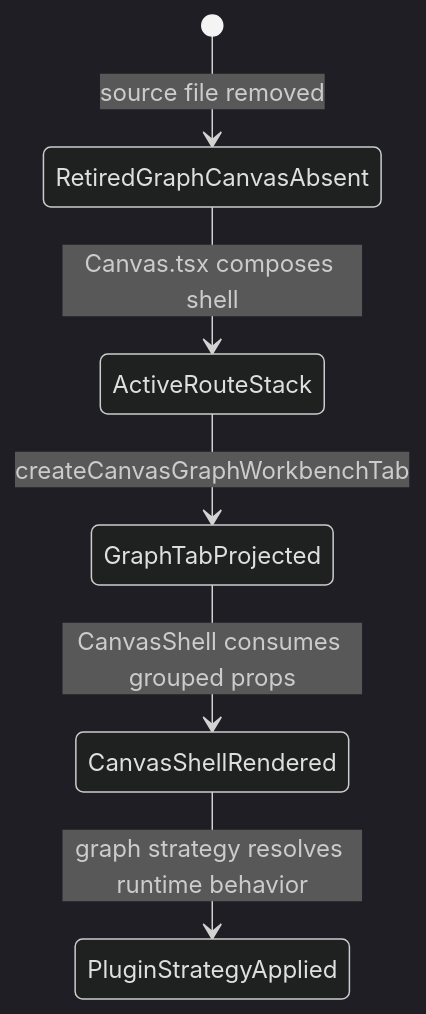
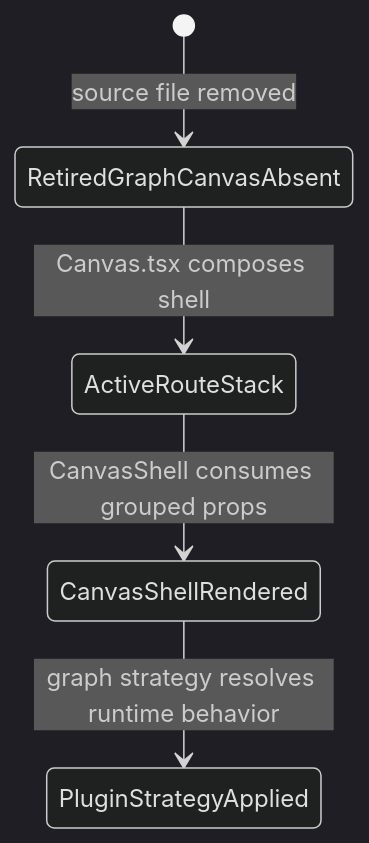
One commit to dunay2/dvt changed the first of 2 diagrams in docs/architecture/components/web/graph/canvas-legacy-retirement-component.md. Above: the diagram before and after it, drawn with Mermaid (dark theme). The commit also changed other lines of this file and 26 other files, not shown here.

Commit message:
refactor(web): Retire legacy Canvas workbench tabs

````diff
--- a/docs/architecture/components/web/graph/canvas-legacy-retirement-component.md
+++ b/docs/architecture/components/web/graph/canvas-legacy-retirement-component.md
@@ -61,8 +60,7 @@
 ```mermaid
 stateDiagram-v2
     [*] --> RetiredGraphCanvasAbsent: source file removed
     RetiredGraphCanvasAbsent --> ActiveRouteStack: Canvas.tsx composes shell
-    ActiveRouteStack --> GraphTabProjected: createCanvasGraphWorkbenchTab
-    GraphTabProjected --> CanvasShellRendered: CanvasShell consumes grouped props
+    ActiveRouteStack --> CanvasShellRendered: CanvasShell consumes grouped props
     CanvasShellRendered --> PluginStrategyApplied: graph strategy resolves runtime behavior
 ```
````
